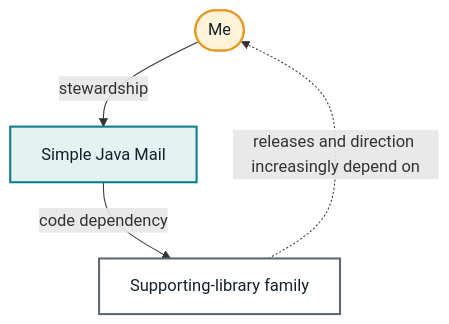
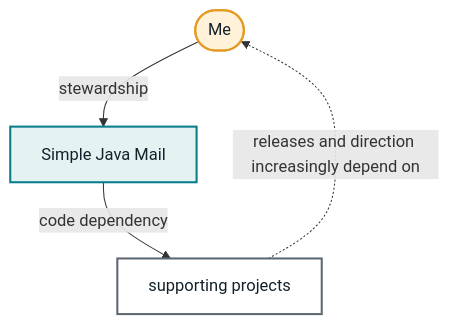
Before and after one commit to simple-java-mail/simplejavamail.org: the first of 10 diagrams in src/journal/the-libraries-behind-simple-java-mail.md, drawn with Mermaid. The commit also changed other lines of this file and 4 other files, not shown here.

````diff
--- a/src/journal/the-libraries-behind-simple-java-mail.md
+++ b/src/journal/the-libraries-behind-simple-java-mail.md
@@ -33,20 +32,20 @@
 ```mermaid
 flowchart
     accTitle: From dependency graph to maintenance graph
     accDescr: I steward Simple Java Mail, Simple Java Mail depends on its supporting library family, and that family's releases and direction increasingly depend on me.
 
     me(["Me"])
     sjm["Simple Java Mail"]
-    family["Supporting-library family"]
+    family["supporting projects"]
 
     me -->|stewardship| sjm
     sjm -->|code dependency| family
     family -.->|releases and direction increasingly depend on| me
 
     classDef person fill:#FFF2D8,stroke:#E49A24,color:#13212B,stroke-width:2px;
     classDef library fill:#E4F2F2,stroke:#087E8B,color:#13212B,stroke-width:2px;
     classDef ecosystem fill:#FFFFFF,stroke:#5B6872,color:#13212B,stroke-width:2px;
     class me person;
     class sjm library;
     class family ecosystem;
 ```
````
